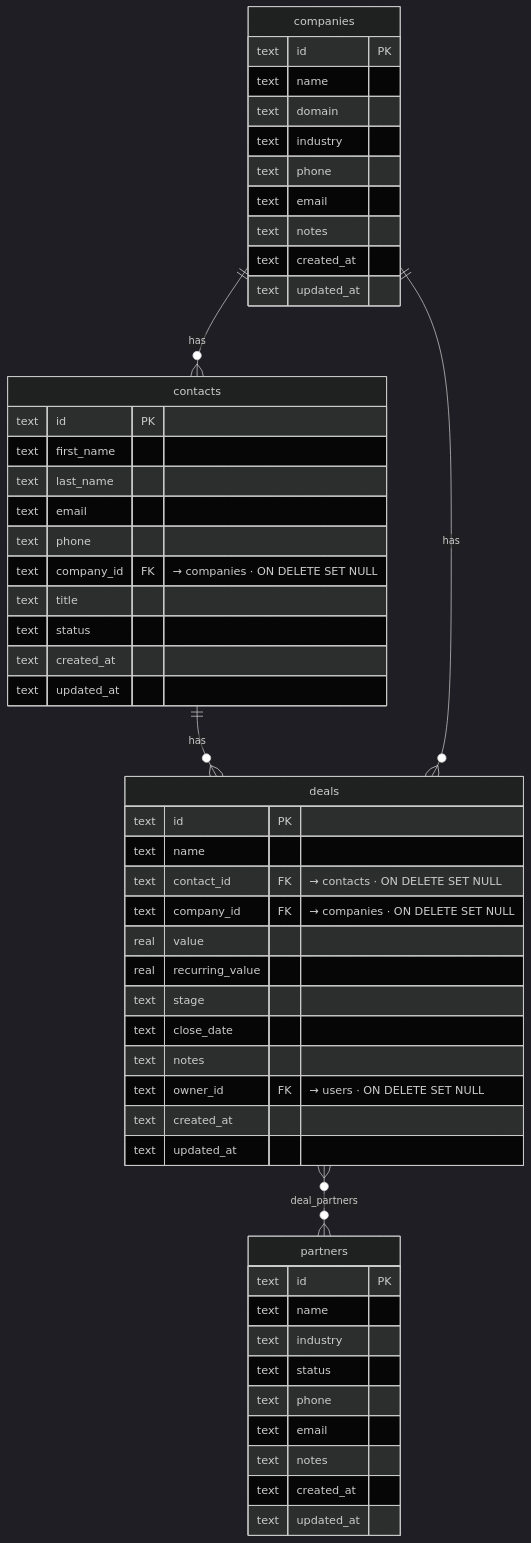
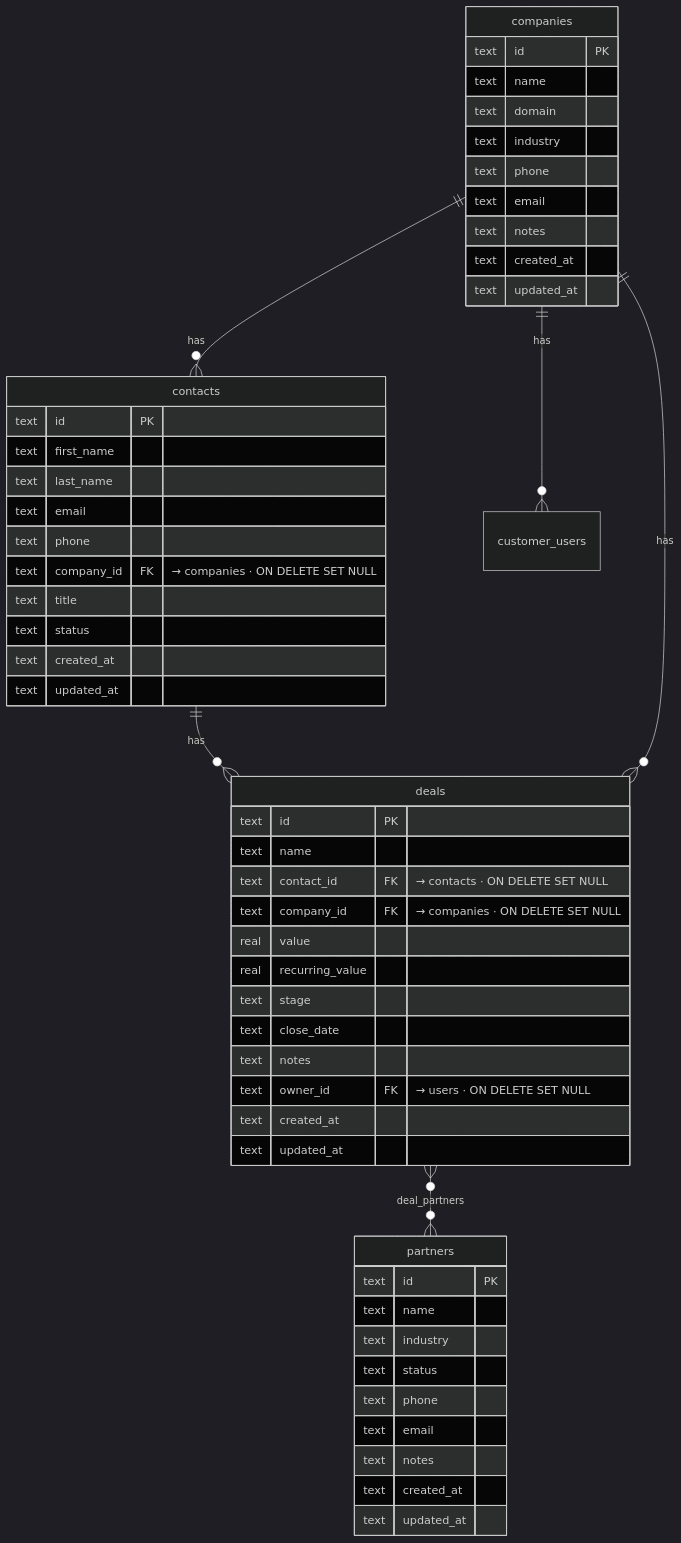
One commit to franklin83diaz/OpenCRM changed the diagram in README.md. Above: the diagram before and after it, drawn with Mermaid (dark theme). The commit also changed other lines of this file and 36 other files, not shown here.

````diff
--- a/README.md
+++ b/README.md
@@ -187,56 +187,57 @@
 ```mermaid
 erDiagram
     companies ||--o{ contacts : "has"
     contacts  ||--o{ deals    : "has"
     companies ||--o{ deals    : "has"
     deals     }o--o{ partners : "deal_partners"
+    companies ||--o{ customer_users : "has"
 
     companies {
         text id PK
         text name
         text domain
         text industry
         text phone
         text email
         text notes
         text created_at
         text updated_at
     }
     contacts {
         text id PK
         text first_name
         text last_name
         text email
         text phone
         text company_id FK "→ companies · ON DELETE SET NULL"
         text title
         text status
         text created_at
         text updated_at
     }
     deals {
         text id PK
         text name
         text contact_id FK "→ contacts · ON DELETE SET NULL"
         text company_id FK "→ companies · ON DELETE SET NULL"
         real value
         real recurring_value
         text stage
         text close_date
         text notes
         text owner_id FK "→ users · ON DELETE SET NULL"
         text created_at
         text updated_at
     }
     partners {
         text id PK
         text name
         text industry
         text status
         text phone
         text email
         text notes
         text created_at
         text updated_at
     }
 ```
````
